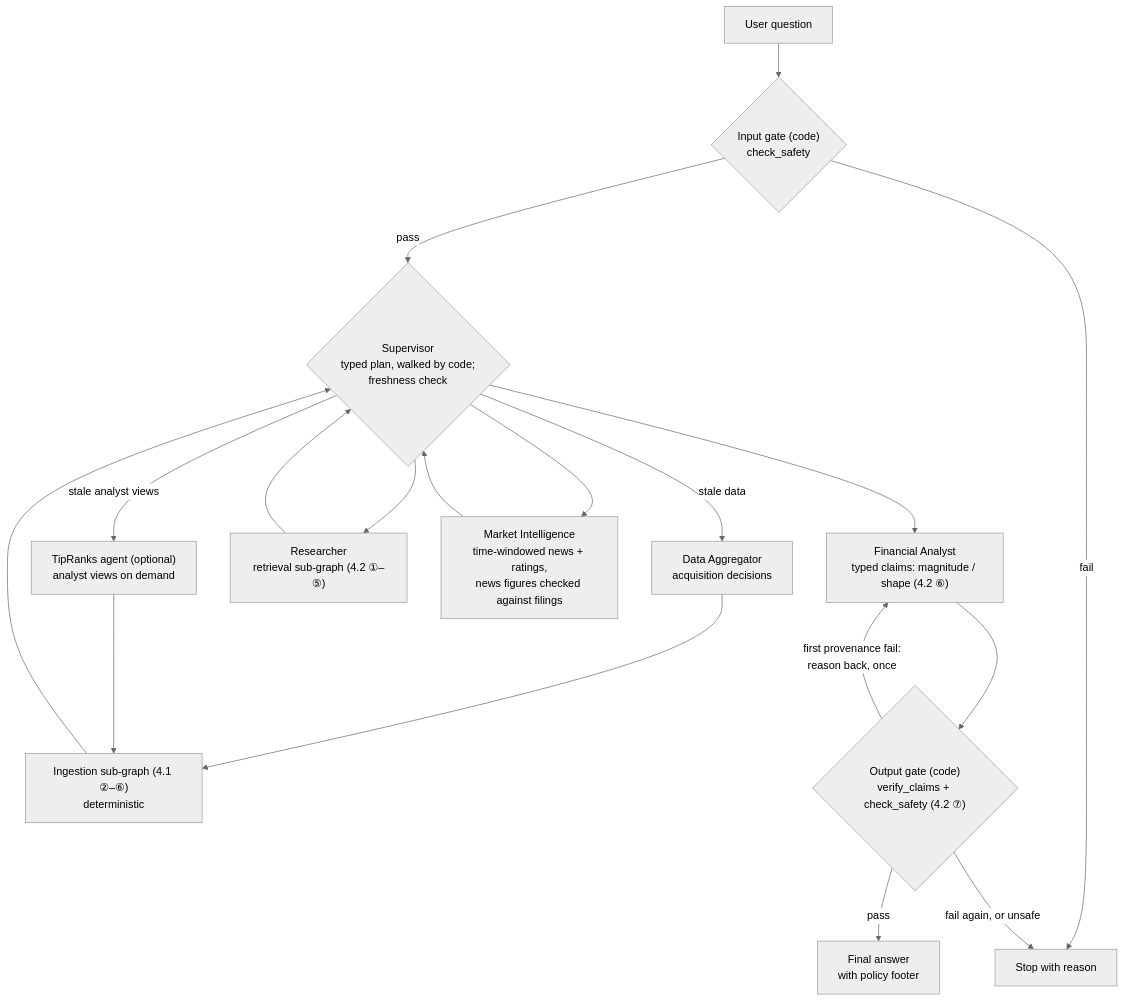
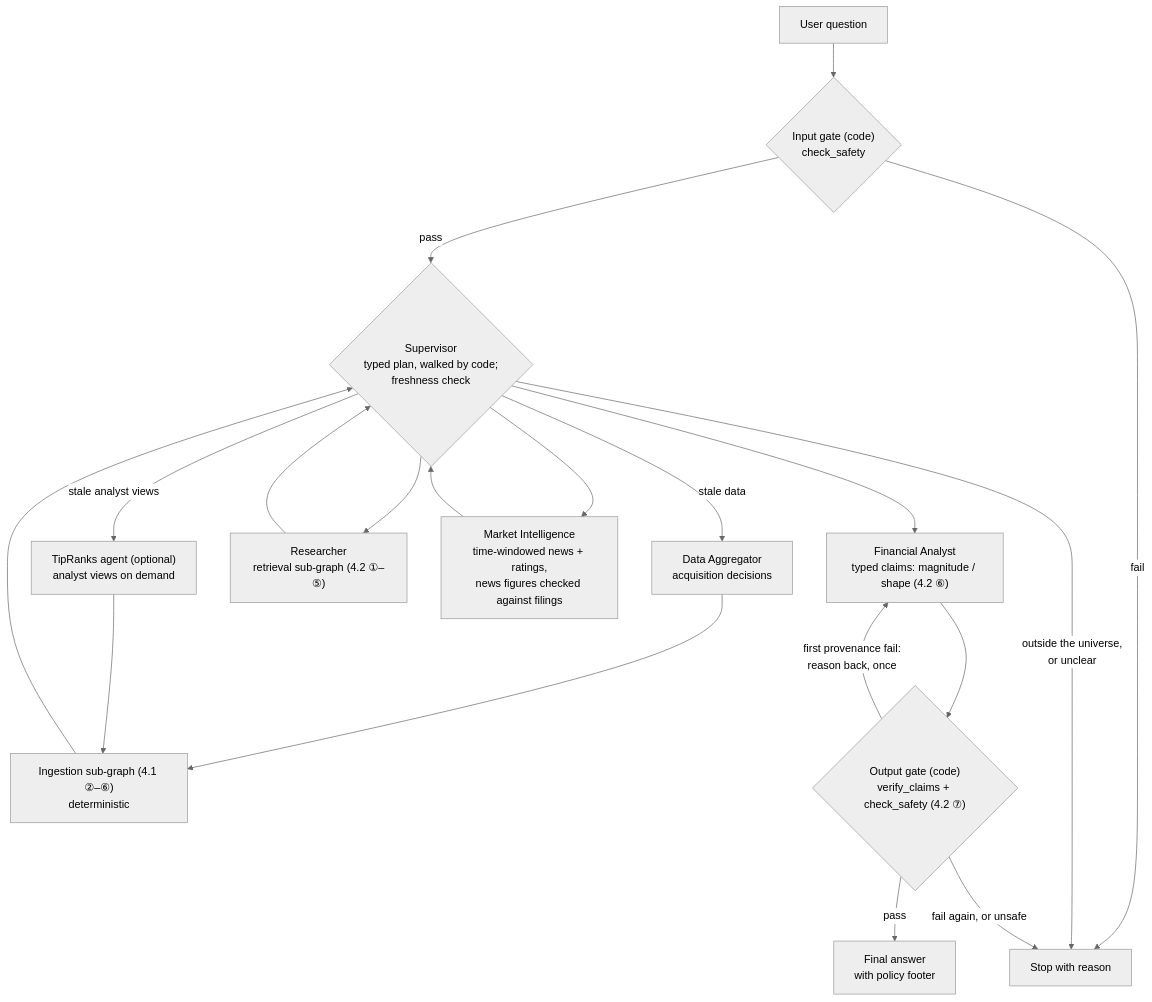
One commit to chazyman/financial-agent-capstone changed the fourth of 5 diagrams in PROPOSAL.md. Above: the diagram before and after it, drawn with Mermaid (neutral theme). The commit also changed other lines of this file and 3 other files, not shown here.

````diff
--- a/PROPOSAL.md
+++ b/PROPOSAL.md
@@ -311,27 +311,28 @@
 ```mermaid
 flowchart TD
     U[User question]
     IG{"Input gate (code)<br/>check_safety"}
     S{"Supervisor<br/>typed plan, walked by code;<br/>freshness check"}
     DA["Data Aggregator<br/>acquisition decisions"]
     TA["TipRanks agent (optional)<br/>analyst views on demand"]
     ING["Ingestion sub-graph (4.1 ②–⑥)<br/>deterministic"]
     R["Researcher<br/>retrieval sub-graph (4.2 ①–⑤)"]
     MI["Market Intelligence<br/>time-windowed news + ratings,<br/>news figures checked against filings"]
     FA["Financial Analyst<br/>typed claims: magnitude / shape (4.2 ⑥)"]
     OG{"Output gate (code)<br/>verify_claims + check_safety (4.2 ⑦)"}
     ANS["Final answer<br/>with policy footer"]
     STOP["Stop with reason"]
 
     U --> IG
     IG -->|pass| S
     IG -->|fail| STOP
+    S -->|"outside the universe,<br/>or unclear"| STOP
     S -- stale data --> DA --> ING --> S
     S -- stale analyst views --> TA --> ING
     S --> R --> S
     S --> MI --> S
     S --> FA --> OG
     OG -->|pass| ANS
     OG -->|"first provenance fail:<br/>reason back, once"| FA
     OG -->|"fail again, or unsafe"| STOP
 ```
````
